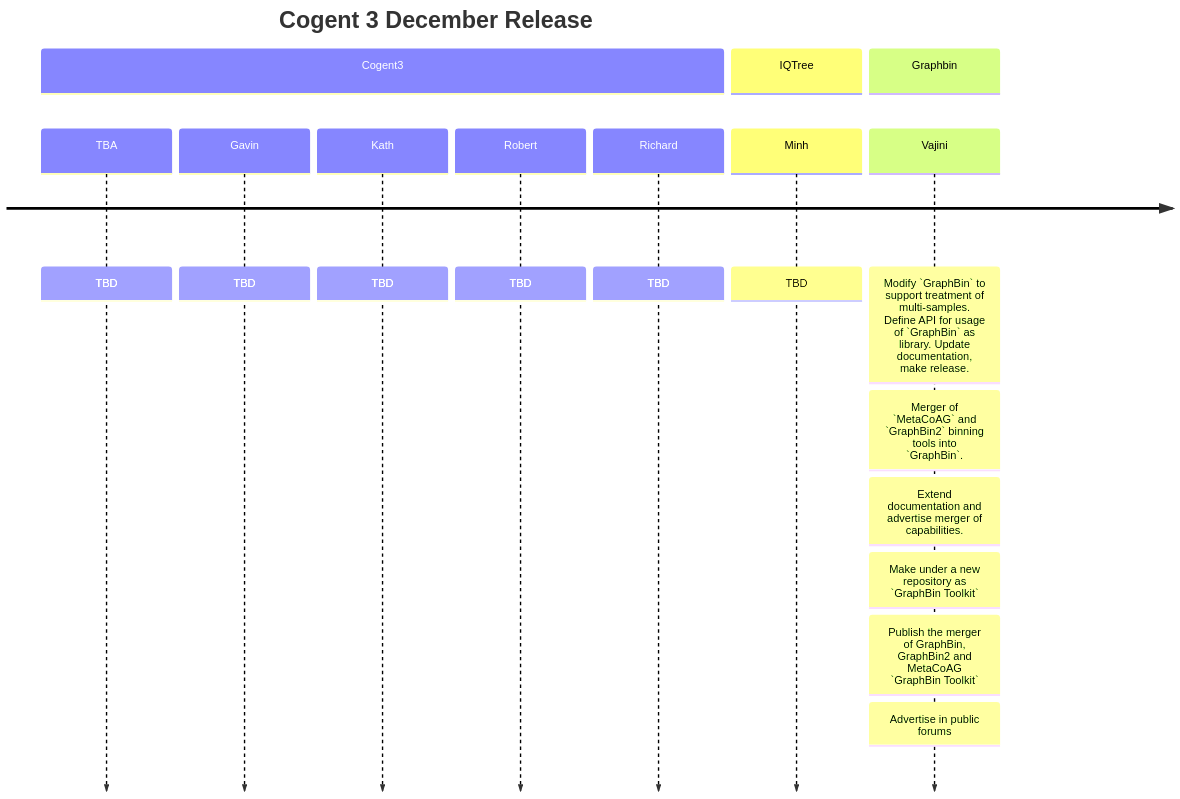
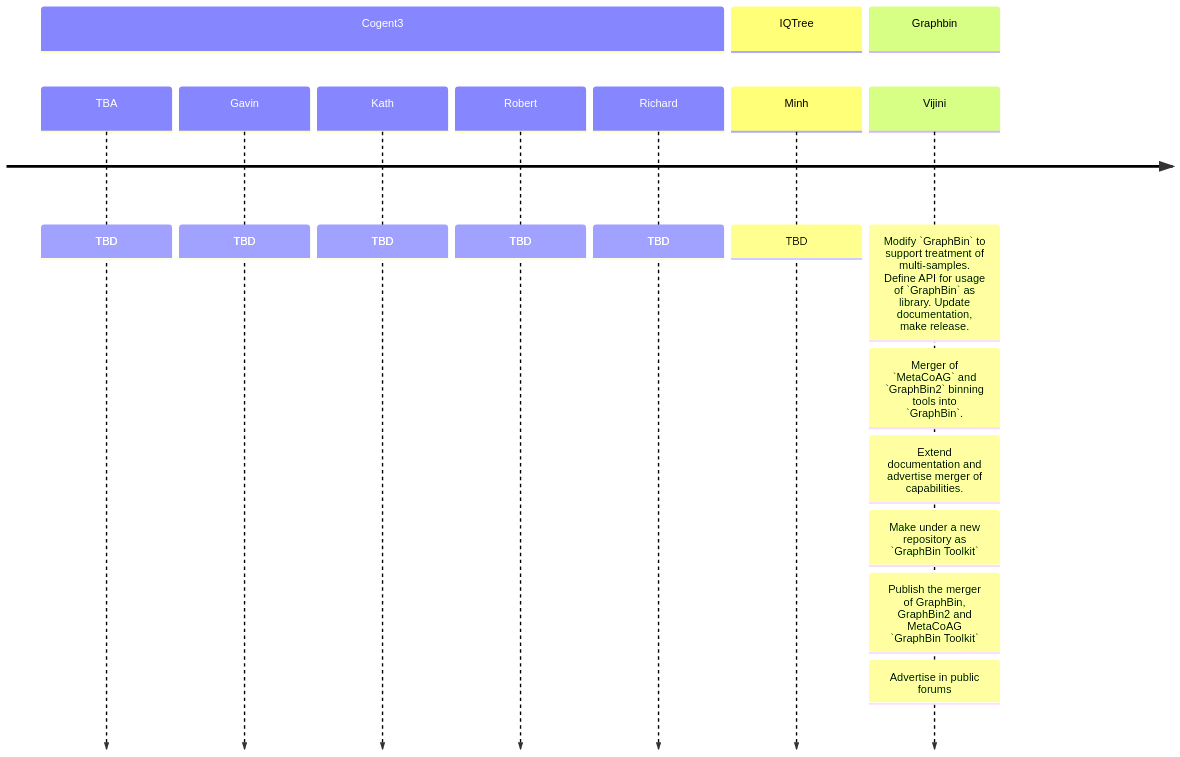
The third of 4 diagrams in docs/milestones.md (khiron/testscriv), drawn with Mermaid before and after one commit. The commit also changed other lines of this file, not shown here.

````diff
--- a/docs/milestones.md
+++ b/docs/milestones.md
@@ -62,21 +64,20 @@
 ```mermaid
 timeline
-title Cogent 3 December Release
 section Cogent3
 TBA : TBD
 Gavin : TBD
 Kath : TBD
 Robert : TBD
 Richard : TBD
 
 section IQTree
 Minh : TBD
 
 section Graphbin 
-Vajini : Modify `GraphBin` to support treatment of multi-samples. Define API for usage of `GraphBin` as library. Update documentation, make release.
+Vijini : Modify `GraphBin` to support treatment of multi-samples. Define API for usage of `GraphBin` as library. Update documentation, make release.
 : Merger of `MetaCoAG` and `GraphBin2` binning tools into `GraphBin`. 
 : Extend documentation and advertise merger of capabilities.
 : Make under a new repository as `GraphBin Toolkit`
 : Publish the merger of GraphBin, GraphBin2 and MetaCoAG `GraphBin Toolkit`
 : Advertise in public forums
 ```
````
